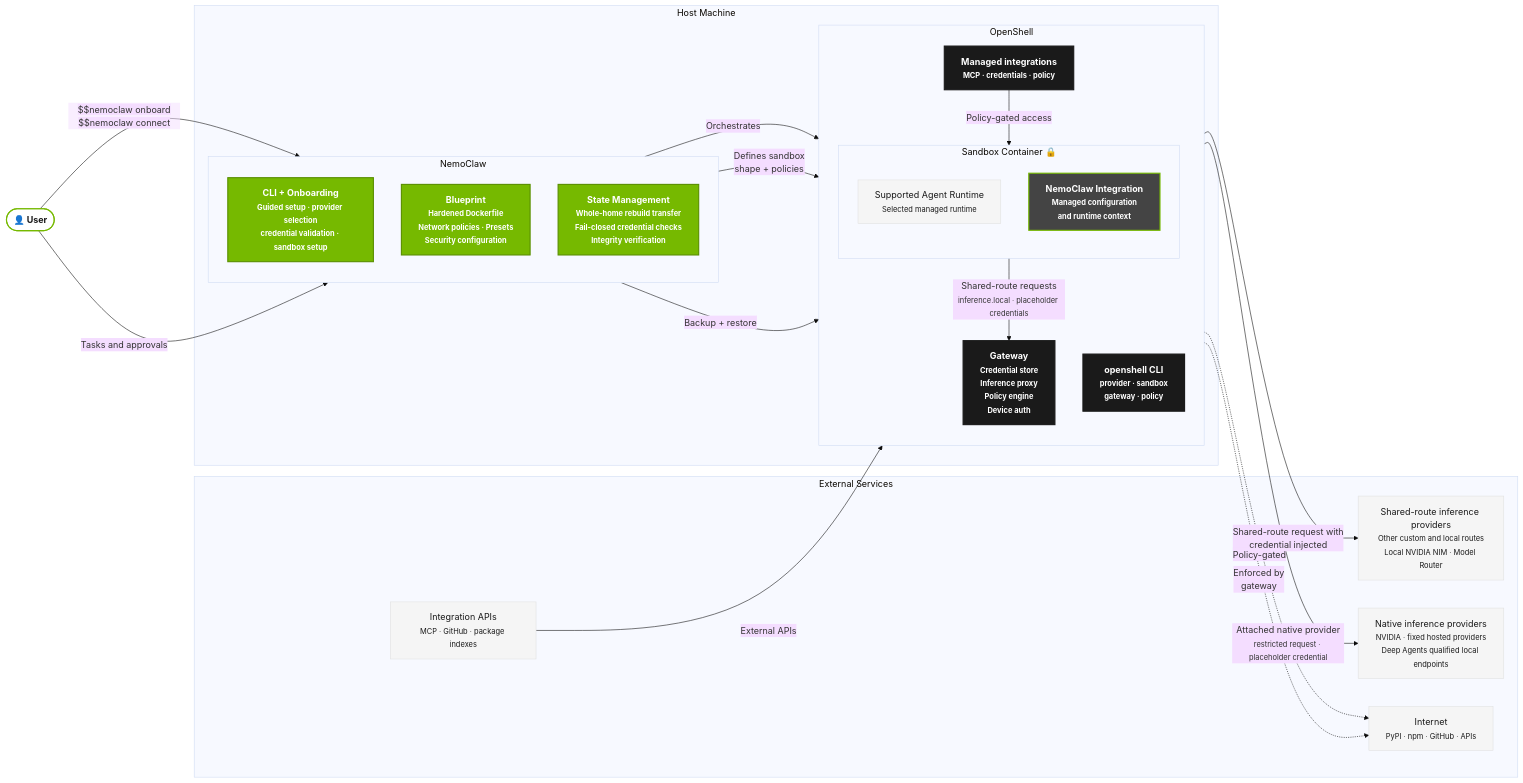
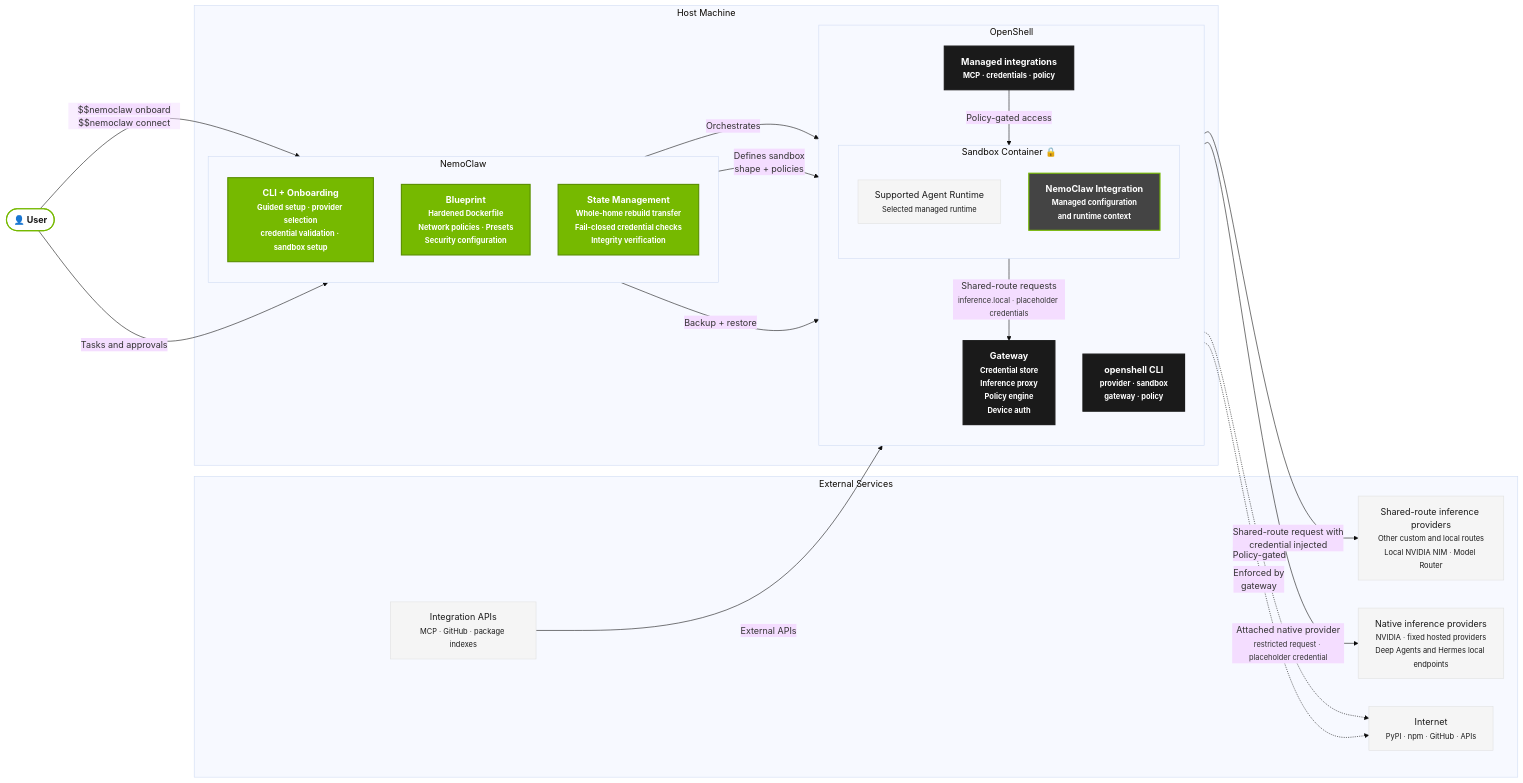
Before and after one commit to 1-DARK/NemoClaw: the first of 3 diagrams in docs/reference/architecture.mdx, drawn with Mermaid (base theme). The commit also changed other lines of this file and 128 other files, not shown here.

First line of the commit message:
fix(hermes): preserve issued native-local credential references (#13292)

````diff
--- a/docs/reference/architecture.mdx
+++ b/docs/reference/architecture.mdx
@@ -20,58 +20,58 @@
 ```mermaid
 graph LR
     classDef nemoclaw fill:#76b900,stroke:#5a8f00,color:#fff,stroke-width:2px,font-weight:bold
     classDef openshell fill:#1a1a1a,stroke:#1a1a1a,color:#fff,stroke-width:2px,font-weight:bold
     classDef sandbox fill:#444,stroke:#76b900,color:#fff,stroke-width:2px,font-weight:bold
     classDef agent fill:#f5f5f5,stroke:#e0e0e0,color:#1a1a1a,stroke-width:1px
     classDef external fill:#f5f5f5,stroke:#e0e0e0,color:#1a1a1a,stroke-width:1px
     classDef user fill:#fff,stroke:#76b900,color:#1a1a1a,stroke-width:2px,font-weight:bold
 
     USER(["👤 User"]):::user
 
     subgraph EXTERNAL["External Services"]
         SHARED_INFERENCE["Shared-route inference providers<br/><small>Other custom and local routes<br/>Local NVIDIA NIM · Model Router</small>"]:::external
-        NVIDIA_INFERENCE["Native inference providers<br/><small>NVIDIA · fixed hosted providers<br/>Deep Agents qualified local endpoints</small>"]:::external
+        NVIDIA_INFERENCE["Native inference providers<br/><small>NVIDIA · fixed hosted providers<br/>Deep Agents and Hermes local endpoints</small>"]:::external
         INTEGRATIONS["Integration APIs<br/><small>MCP · GitHub · package indexes</small>"]:::external
         INTERNET["Internet<br/><small>PyPI · npm · GitHub · APIs</small>"]:::external
     end
 
     subgraph HOST["Host Machine"]
 
         subgraph NEMOCLAW["NemoClaw"]
             direction TB
             NCLI["CLI + Onboarding<br/><small>Guided setup · provider selection<br/>credential validation · sandbox setup</small>"]:::nemoclaw
             BP["Blueprint<br/><small>Hardened Dockerfile<br/>Network policies · Presets<br/>Security configuration</small>"]:::nemoclaw
             STATE["State Management<br/><small>Whole-home rebuild transfer<br/>Fail-closed credential checks<br/>Integrity verification</small>"]:::nemoclaw
         end
 
         subgraph OPENSHELL["OpenShell"]
             direction TB
             GW["Gateway<br/><small>Credential store<br/>Inference proxy<br/>Policy engine<br/>Device auth</small>"]:::openshell
             OSCLI["openshell CLI<br/><small>provider · sandbox<br/>gateway · policy</small>"]:::openshell
             INTEG["Managed integrations<br/><small>MCP · credentials · policy</small>"]:::openshell
 
             subgraph SANDBOX["Sandbox Container 🔒"]
                 direction TB
                 AGENT["Supported Agent Runtime<br/><small>Selected managed runtime</small>"]:::agent
                 PLUG["NemoClaw Integration<br/><small>Managed configuration<br/>and runtime context</small>"]:::sandbox
             end
         end
     end
 
     USER -->|"$$nemoclaw onboard<br/>$$nemoclaw connect"| NCLI
     USER -->|"Tasks and approvals"| NCLI
 
     NCLI -->|"Orchestrates"| OSCLI
     BP -->|"Defines sandbox<br/>shape + policies"| SANDBOX
     STATE -->|"Backup + restore"| SANDBOX
 
     AGENT -->|"Shared-route requests<br/><small>inference.local · placeholder credentials</small>"| GW
     GW -->|"Shared-route request with<br/>credential injected"| SHARED_INFERENCE
     AGENT -->|"Attached native provider<br/><small>restricted request · placeholder credential</small>"| NVIDIA_INFERENCE
 
     INTEGRATIONS -->|"External APIs"| INTEG
     INTEG -->|"Policy-gated access"| AGENT
 
     AGENT -.->|"Policy-gated"| INTERNET
     GW -.->|"Enforced by<br/>gateway"| INTERNET
 ```
````
